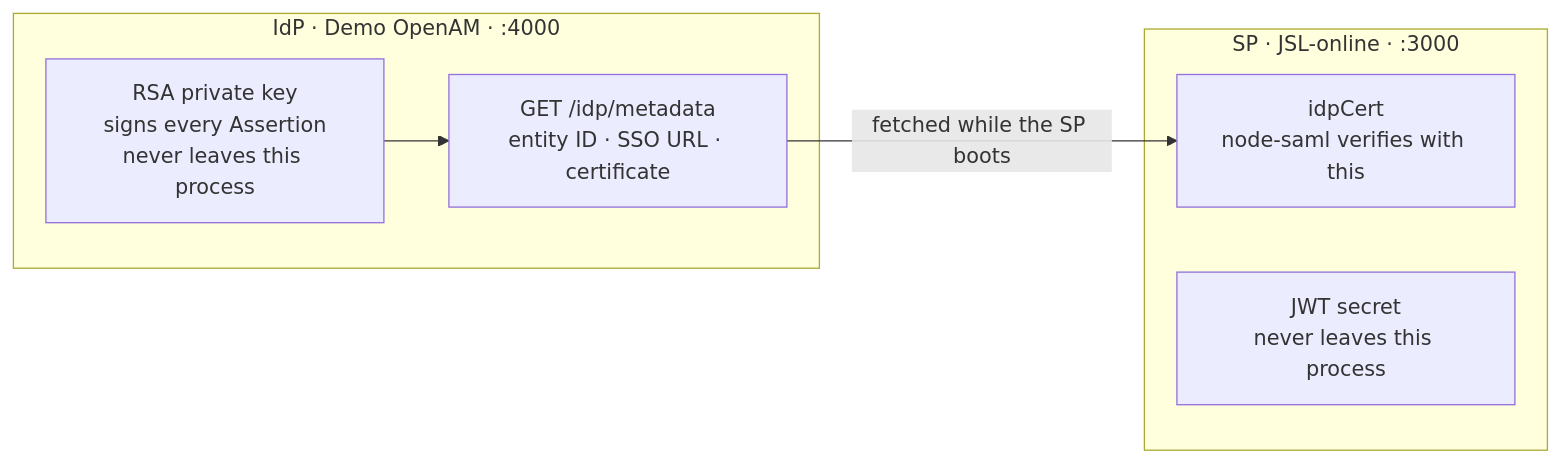
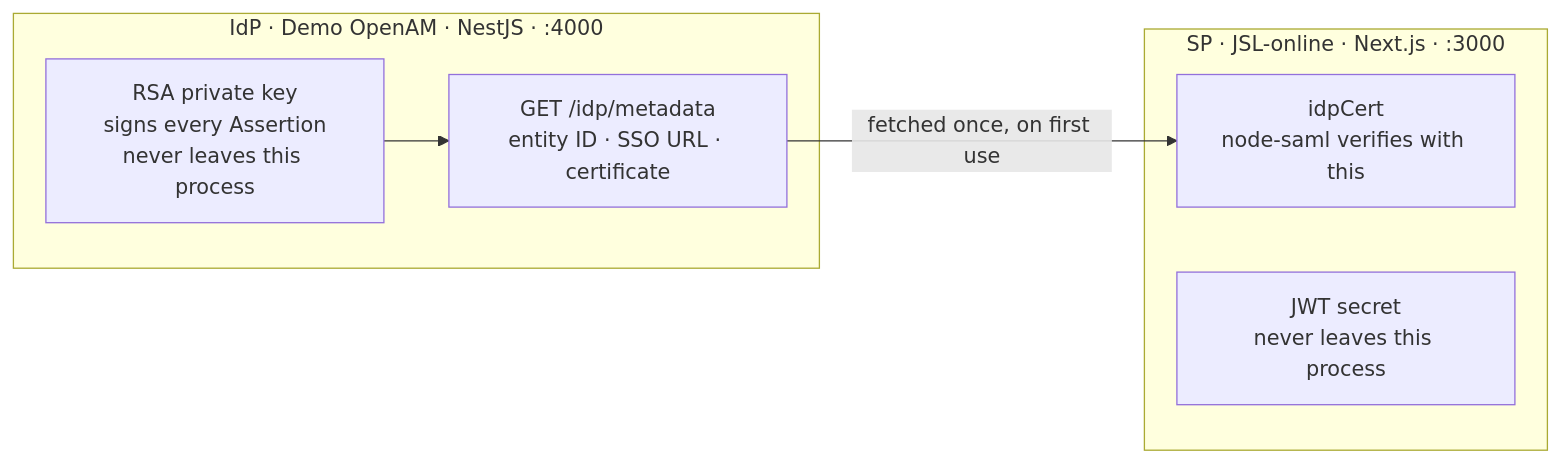
The first of 5 diagrams in README.md (richardgong1987/xml-sign-demo), drawn with Mermaid before and after one commit. The commit also changed other lines of this file and 116 other files, not shown here.

````diff
--- a/README.md
+++ b/README.md
@@ -68,15 +96,15 @@
 ```mermaid
 graph LR
-    subgraph IDP["IdP · Demo OpenAM · :4000"]
+    subgraph IDP["IdP · Demo OpenAM · NestJS · :4000"]
         KEY["RSA private key<br/>signs every Assertion<br/>never leaves this process"]
         MD["GET /idp/metadata<br/>entity ID · SSO URL · certificate"]
         KEY --> MD
     end
 
-    subgraph SPX["SP · JSL-online · :3000"]
+    subgraph SPX["SP · JSL-online · Next.js · :3000"]
         TRUST["idpCert<br/>node-saml verifies with this"]
         SECRET["JWT secret<br/>never leaves this process"]
     end
 
-    MD -->|"fetched while the SP boots"| TRUST
+    MD -->|"fetched once, on first use"| TRUST
 ```
````
